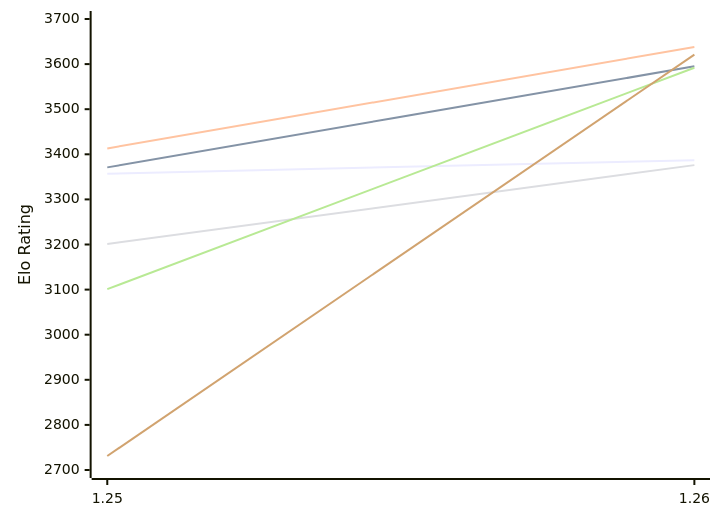
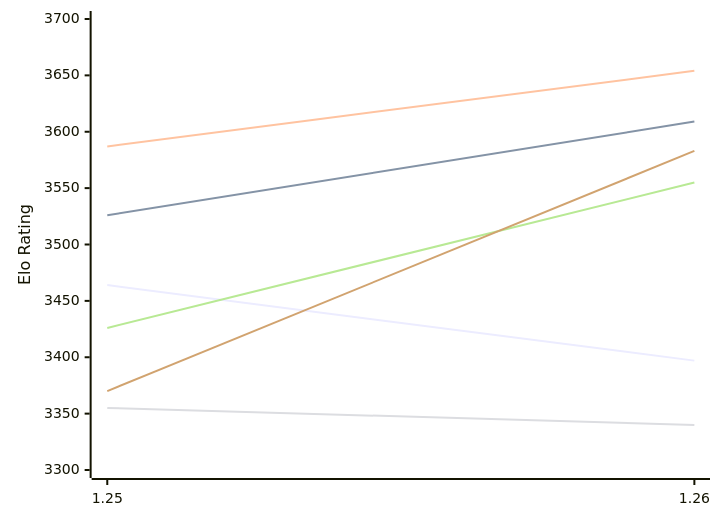
Before and after one commit to computer-chess-index/cci: the first of 2 diagrams in engines/Caissa.md, drawn with Mermaid. The commit also changed other lines of this file, not shown here.

Commit message:
Update CCI Ratings (ELO VLTC) - 2026-11-14

````diff
--- a/engines/Caissa.md
+++ b/engines/Caissa.md
@@ -56,12 +56,12 @@
 ```mermaid
 %%{init: {"theme":"base","themeVariables":{"seriesColors:['#a3a3a3','#222221','#faa371']}}}%%
 xychart-beta
   x-axis ["1.25", "1.26"]
-  y-axis "Elo Rating" 2700 --> 3700
-  line "E1: STC (8.0+0.08s)" [3357, 3387]
-  line "E1: LTC (60.0+0.60s)" [3371, 3595]
-  line "E1: VLTC (2m24s+1.12s)" [3413, 3638]
-  line "P1: STC (8.0+0.08s)" [3201, 3376]
-  line "P1: LTC (60.0+0.60s)" [3101, 3592]
-  line "P1: VLTC (2m24s+1.12s)" [2731, 3621]
+  y-axis "Elo Rating" 3300 --> 3700
+  line "E1: STC (8.0+0.08s)" [3464, 3397]
+  line "E1: LTC (60.0+0.60s)" [3526, 3609]
+  line "E1: VLTC (2m24s+1.12s)" [3587, 3654]
+  line "P1: STC (8.0+0.08s)" [3355, 3340]
+  line "P1: LTC (60.0+0.60s)" [3426, 3555]
+  line "P1: VLTC (2m24s+1.12s)" [3370, 3583]
 ```
````
